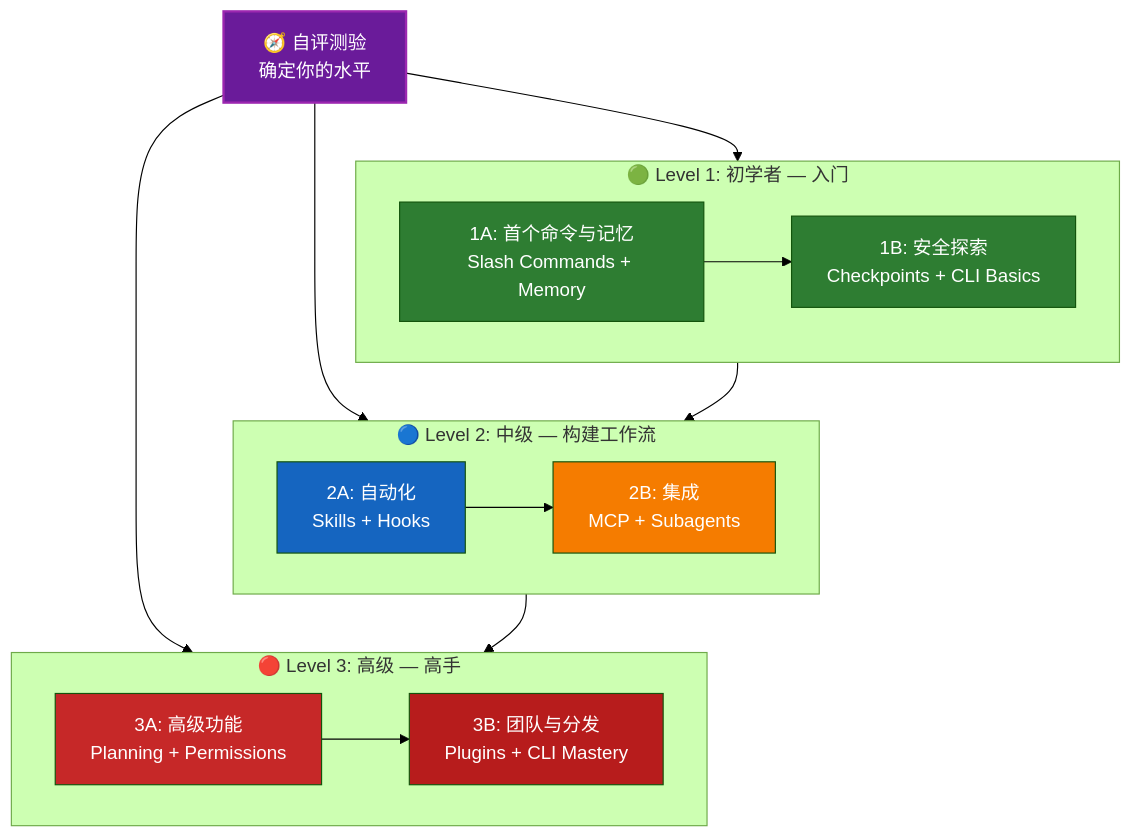
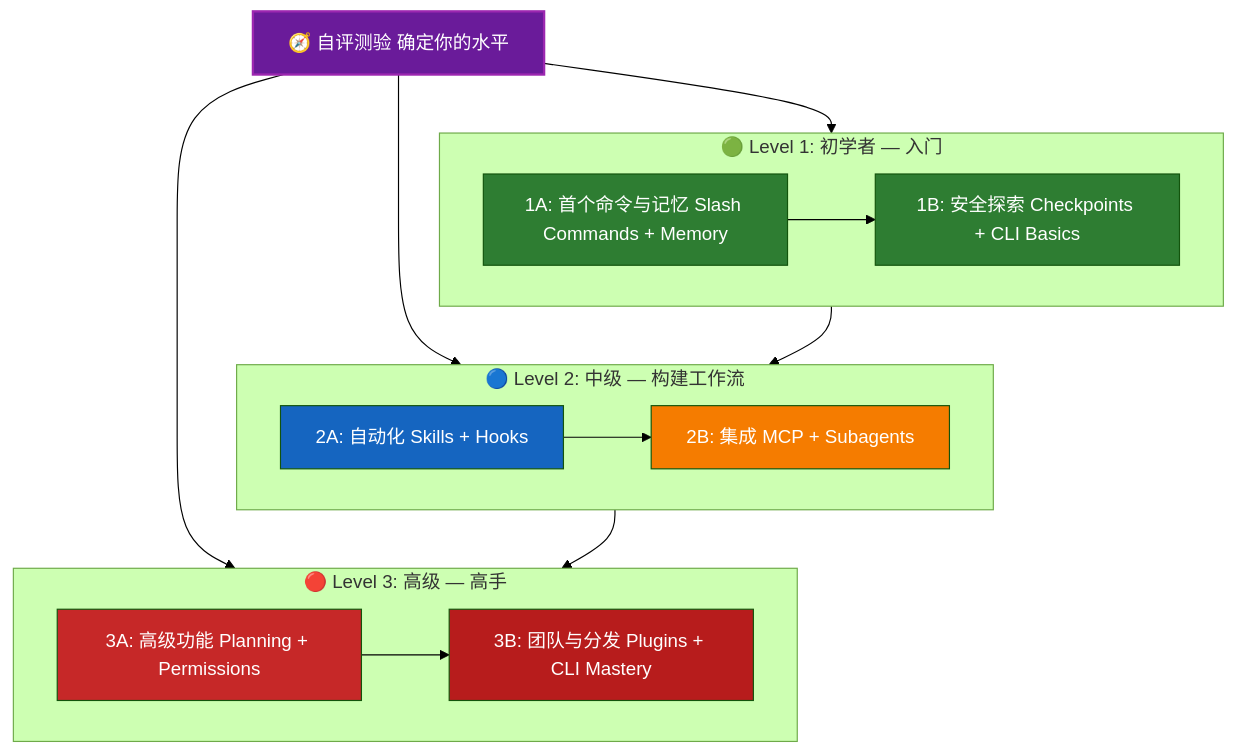
The diagram in LEARNING-ROADMAP.md (Rx782-Fss/claude-howto-zh), drawn with Mermaid (forest theme) before and after one commit. The commit also changed 5 other files, not shown here.

Commit message:
fix: Mermaid 内全角括号/问号/emoji/<br/> 改为半角ASCII避免 GitHub 渲染失败

````diff
--- a/LEARNING-ROADMAP.md
+++ b/LEARNING-ROADMAP.md
@@ -55,32 +55,32 @@
 ```mermaid
 graph TD
-    Q["🧭 自评测验<br/>确定你的水平"] --> L1
+    Q["🧭 自评测验 确定你的水平"] --> L1
     Q --> L2
     Q --> L3
 
     subgraph L1["🟢 Level 1: 初学者 — 入门"]
         direction LR
-        A["1A: 首个命令与记忆<br/>Slash Commands + Memory"] --> B["1B: 安全探索<br/>Checkpoints + CLI Basics"]
+        A["1A: 首个命令与记忆 Slash Commands + Memory"] --> B["1B: 安全探索 Checkpoints + CLI Basics"]
     end
 
     subgraph L2["🔵 Level 2: 中级 — 构建工作流"]
         direction LR
-        C["2A: 自动化<br/>Skills + Hooks"] --> D["2B: 集成<br/>MCP + Subagents"]
+        C["2A: 自动化 Skills + Hooks"] --> D["2B: 集成 MCP + Subagents"]
     end
 
     subgraph L3["🔴 Level 3: 高级 — 高手"]
         direction LR
-        E["3A: 高级功能<br/>Planning + Permissions"] --> F["3B: 团队与分发<br/>Plugins + CLI Mastery"]
+        E["3A: 高级功能 Planning + Permissions"] --> F["3B: 团队与分发 Plugins + CLI Mastery"]
     end
 
     L1 --> L2
     L2 --> L3
 
     style Q fill:#6A1B9A,color:#fff,stroke:#9C27B0,stroke-width:2px
     style A fill:#2E7D32,color:#fff
     style B fill:#2E7D32,color:#fff
     style C fill:#1565C0,color:#fff
     style D fill:#F57C00,color:#fff
     style E fill:#C62828,color:#fff
     style F fill:#B71C1C,color:#fff
 ```
````
